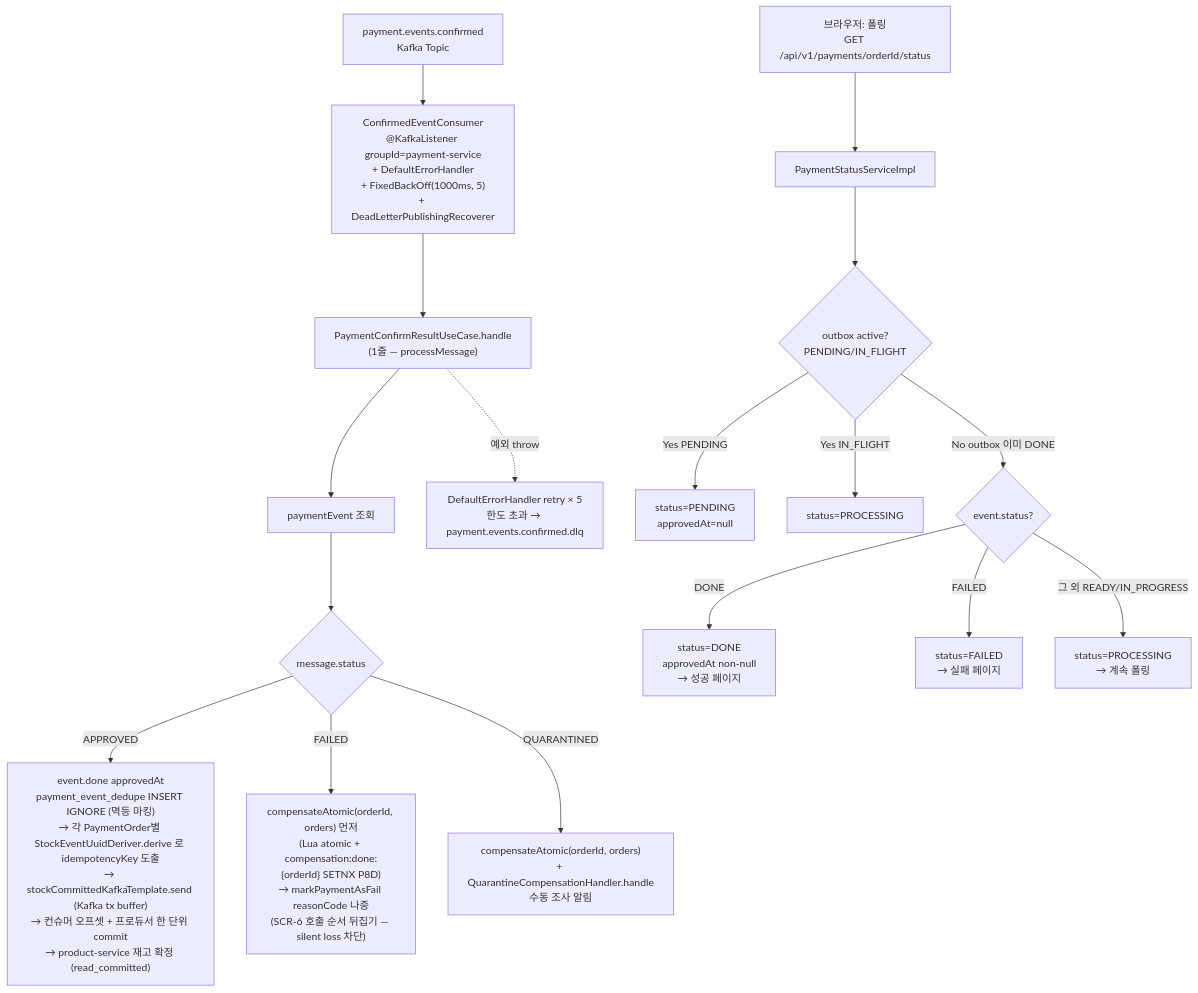
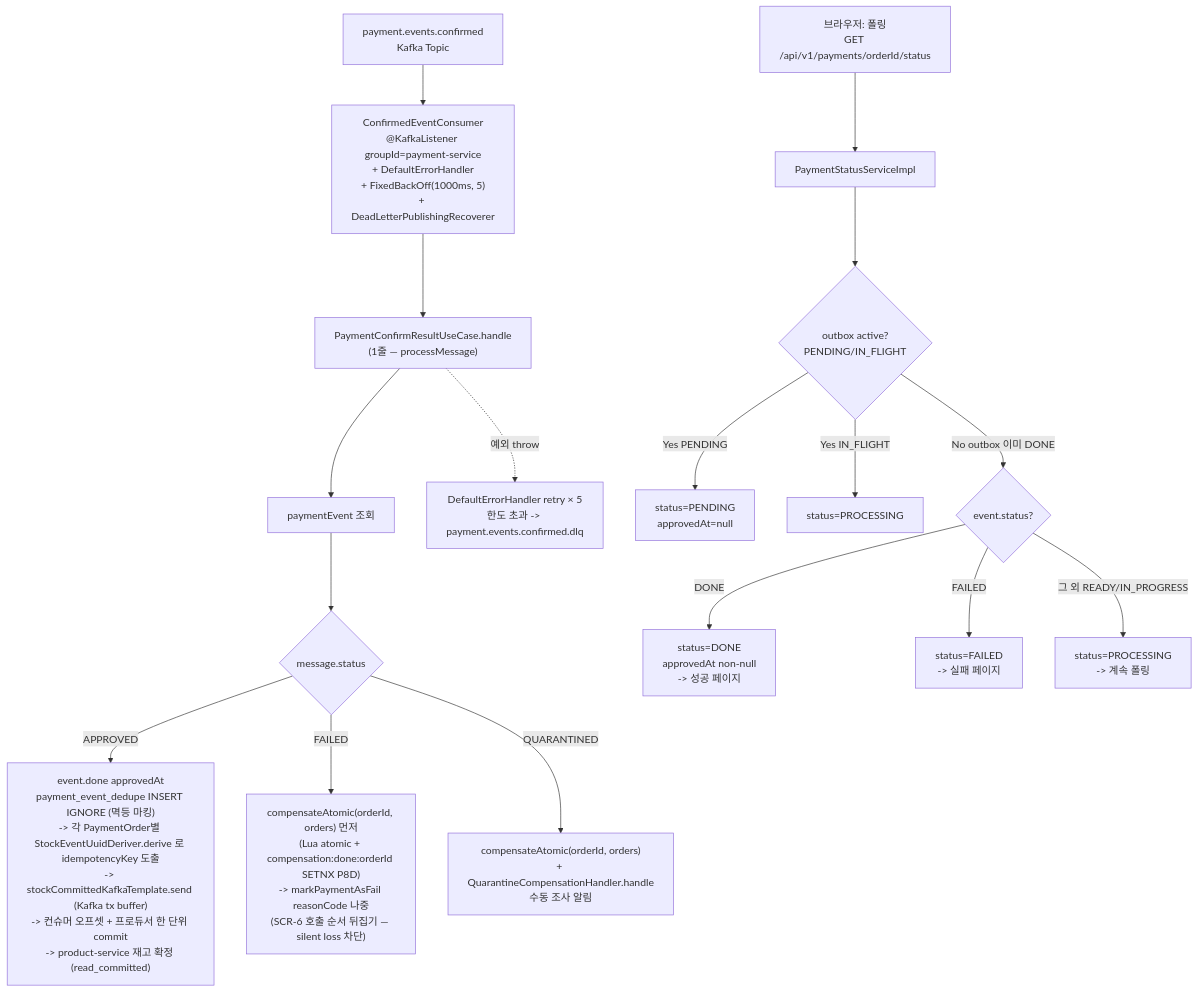
Before and after one commit to hyoguoo/payment-platform: the fifth of 10 diagrams in docs/context/PAYMENT-FLOW.md, drawn with Mermaid. The commit also changed other lines of this file and 3 other files, not shown here.

First line of the commit message:
docs: 결제 흐름 문서 다이어그램 표기 정리

````diff
--- a/docs/context/PAYMENT-FLOW.md
+++ b/docs/context/PAYMENT-FLOW.md
@@ -140,20 +140,20 @@
 ```mermaid
 flowchart TD
     AA["payment.events.confirmed<br/>Kafka Topic"] --> AB["ConfirmedEventConsumer<br/>@KafkaListener groupId=payment-service<br/>+ DefaultErrorHandler<br/>+ FixedBackOff(1000ms, 5)<br/>+ DeadLetterPublishingRecoverer"]
     AB --> AC["PaymentConfirmResultUseCase.handle<br/>(1줄 — processMessage)"]
     AC --> AC2["paymentEvent 조회"]
     AC2 --> AD{"message.status"}
-    AD -->|APPROVED| AE1["event.done approvedAt<br/>payment_event_dedupe INSERT IGNORE (멱등 마킹)<br/>→ 각 PaymentOrder별 StockEventUuidDeriver.derive 로 idempotencyKey 도출<br/>→ stockCommittedKafkaTemplate.send (Kafka tx buffer)<br/>→ 컨슈머 오프셋 + 프로듀서 한 단위 commit<br/>→ product-service 재고 확정 (read_committed)"]
-    AD -->|FAILED| AE2["compensateAtomic(orderId, orders) 먼저<br/>(Lua atomic + compensation:done:{orderId} SETNX P8D)<br/>→ markPaymentAsFail reasonCode 나중<br/>(SCR-6 호출 순서 뒤집기 — silent loss 차단)"]
+    AD -->|APPROVED| AE1["event.done approvedAt<br/>payment_event_dedupe INSERT IGNORE (멱등 마킹)<br/>-> 각 PaymentOrder별 StockEventUuidDeriver.derive 로 idempotencyKey 도출<br/>-> stockCommittedKafkaTemplate.send (Kafka tx buffer)<br/>-> 컨슈머 오프셋 + 프로듀서 한 단위 commit<br/>-> product-service 재고 확정 (read_committed)"]
+    AD -->|FAILED| AE2["compensateAtomic(orderId, orders) 먼저<br/>(Lua atomic + compensation:done:orderId SETNX P8D)<br/>-> markPaymentAsFail reasonCode 나중<br/>(SCR-6 호출 순서 뒤집기 — silent loss 차단)"]
     AD -->|QUARANTINED| AE3["compensateAtomic(orderId, orders)<br/>+ QuarantineCompensationHandler.handle<br/>수동 조사 알림"]
-    AC -.예외 throw.-> AERR["DefaultErrorHandler retry × 5<br/>한도 초과 → payment.events.confirmed.dlq"]
+    AC -.예외 throw.-> AERR["DefaultErrorHandler retry × 5<br/>한도 초과 -> payment.events.confirmed.dlq"]
 
     AF["브라우저: 폴링<br/>GET /api/v1/payments/orderId/status"] --> AG["PaymentStatusServiceImpl"]
     AG --> AG1{"outbox active?<br/>PENDING/IN_FLIGHT"}
     AG1 -->|Yes PENDING| AG1a["status=PENDING<br/>approvedAt=null"]
     AG1 -->|Yes IN_FLIGHT| AG1b["status=PROCESSING"]
     AG1 -->|No outbox 이미 DONE| AG2{"event.status?"}
-    AG2 -->|DONE| AH1["status=DONE<br/>approvedAt non-null<br/>→ 성공 페이지"]
-    AG2 -->|FAILED| AH2["status=FAILED<br/>→ 실패 페이지"]
-    AG2 -->|"그 외 READY/IN_PROGRESS"| AH3["status=PROCESSING<br/>→ 계속 폴링"]
+    AG2 -->|DONE| AH1["status=DONE<br/>approvedAt non-null<br/>-> 성공 페이지"]
+    AG2 -->|FAILED| AH2["status=FAILED<br/>-> 실패 페이지"]
+    AG2 -->|"그 외 READY/IN_PROGRESS"| AH3["status=PROCESSING<br/>-> 계속 폴링"]
 ```
````
